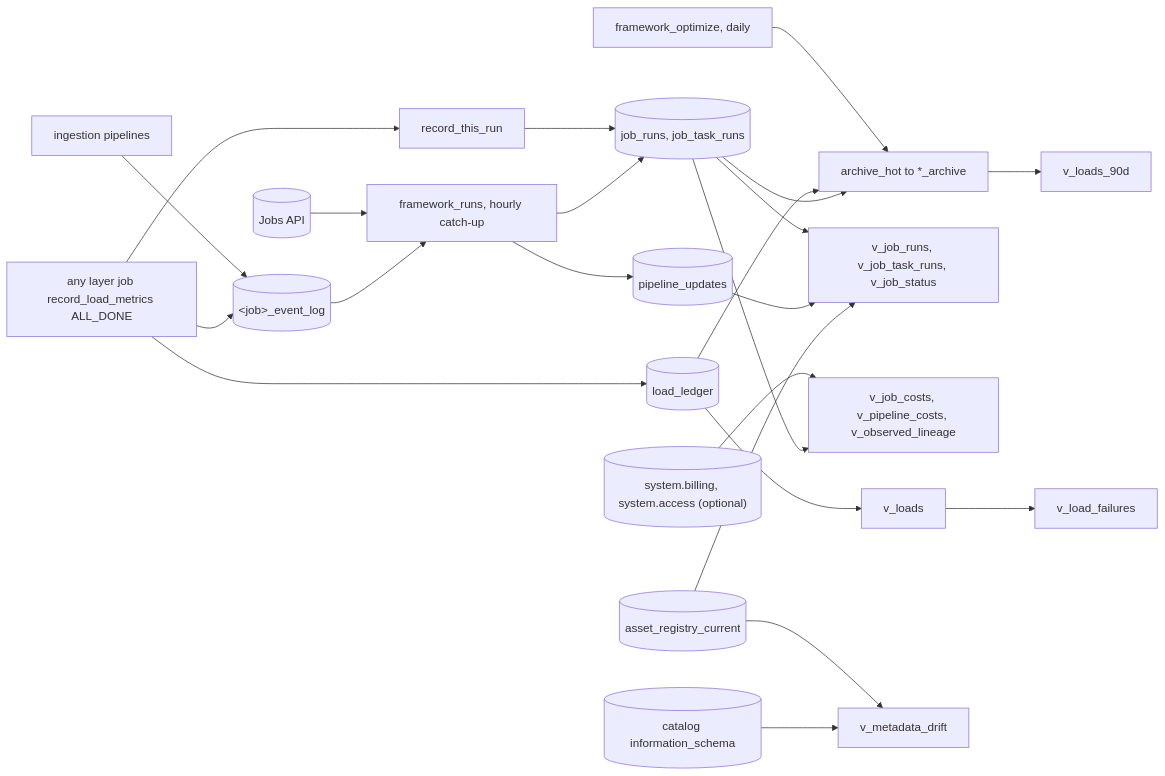
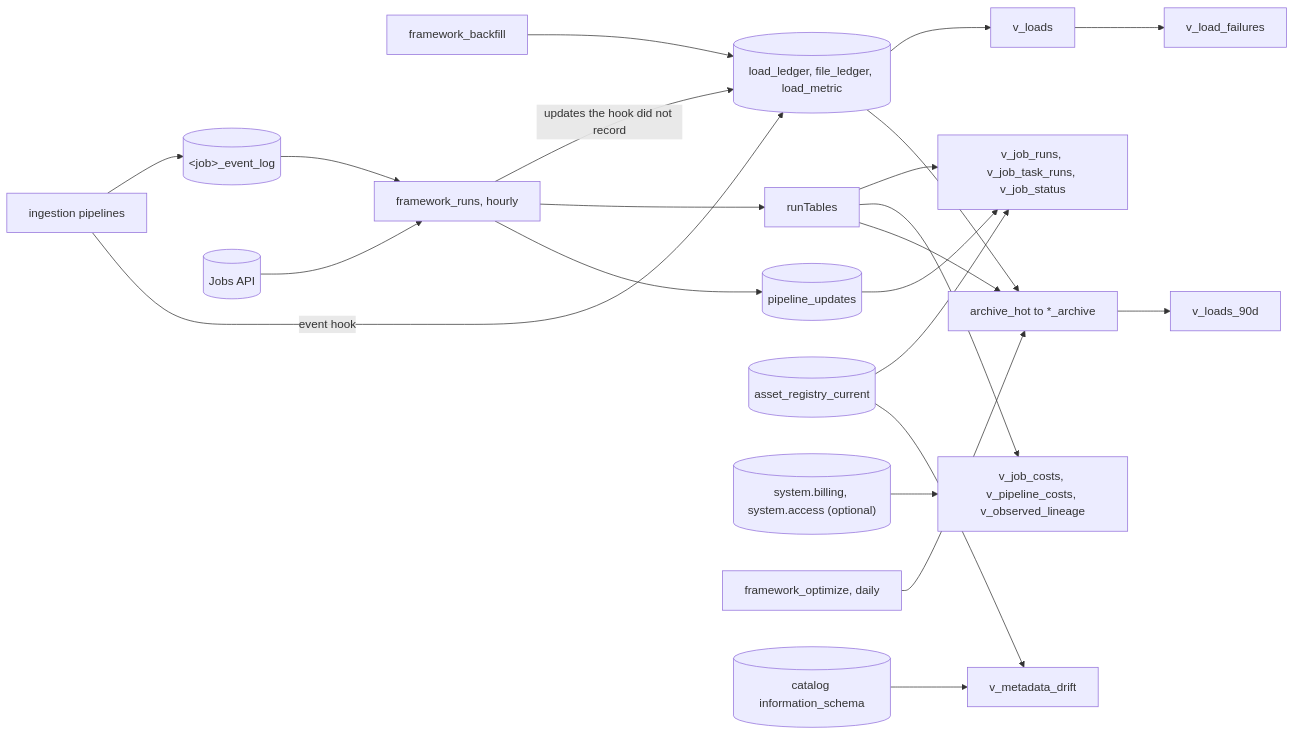
Before and after one commit to NitinKeshavB/framework: the fourth of 9 diagrams in framework_docs/ARCHITECTURE.md, drawn with Mermaid. The commit also changed other lines of this file and 42 other files, not shown here.

````diff
--- a/framework_docs/ARCHITECTURE.md
+++ b/framework_docs/ARCHITECTURE.md
@@ -104,25 +123,24 @@
 ```mermaid
 flowchart LR
   ingestionPipelines[ingestion pipelines] --> eventLogs[("&lt;job&gt;_event_log")]
-  anyJob[any layer job record_load_metrics ALL_DONE] --> eventLogs
-  anyJob --> ledger[(load_ledger)]
+  ingestionPipelines -->|event hook| ledger[(load_ledger, file_ledger, load_metric)]
+  backfillJob[framework_backfill] --> ledger
   ledger --> loads[v_loads]
   loads --> failures[v_load_failures]
-  anyJob --> recordThisRun[record_this_run]
-  recordThisRun --> runTables[(job_runs, job_task_runs)]
-  jobsApi[(Jobs API)] --> runsJob[framework_runs, hourly catch-up]
+  jobsApi[(Jobs API)] --> runsJob[framework_runs, hourly]
+  runsJob -->|updates the hook did not record| ledger
   eventLogs --> runsJob
   runsJob --> runTables
   runsJob --> updates[(pipeline_updates)]
   runTables --> runViews[v_job_runs, v_job_task_runs, v_job_status]
   updates --> runViews
   registry[(asset_registry_current)] --> runViews
   systemTables[("system.billing, system.access (optional)")] --> costViews[v_job_costs, v_pipeline_costs, v_observed_lineage]
   runTables --> costViews
   optimize[framework_optimize, daily] --> archive[archive_hot to *_archive]
   ledger --> archive
   runTables --> archive
   archive --> loads90[v_loads_90d]
   registry --> metadataDrift[v_metadata_drift]
   infoSchema[(catalog information_schema)] --> metadataDrift
 ```
````
